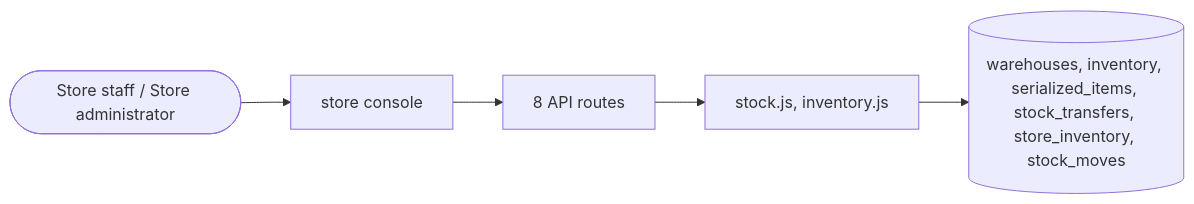
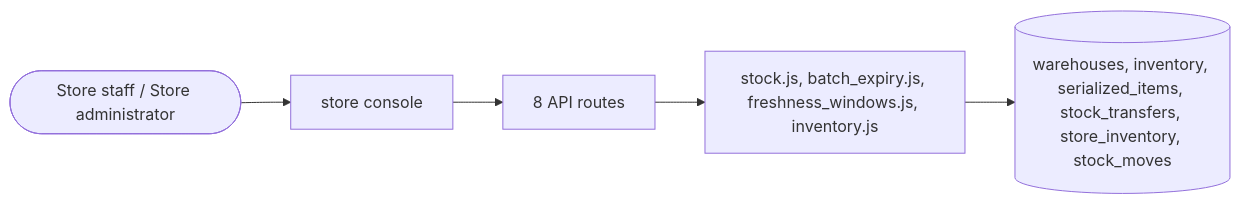
Before and after one commit to echelonxventures-Projects/universal-product: the diagram in docs/domains/inventory.md, drawn with Mermaid. The commit also changed other lines of this file and 67 other files, not shown here.

````diff
--- a/docs/domains/inventory.md
+++ b/docs/domains/inventory.md
@@ -163,8 +177,8 @@
 ```mermaid
 flowchart LR
   U([Store staff / Store administrator]) --> UI[store console]
   UI --> API[8 API routes]
-  API --> ENG[stock.js, inventory.js]
+  API --> ENG[stock.js, batch_expiry.js, freshness_windows.js, inventory.js]
   ENG --> DB[(warehouses, inventory, serialized_items, stock_transfers, store_inventory, stock_moves)]
 
 ```
````
